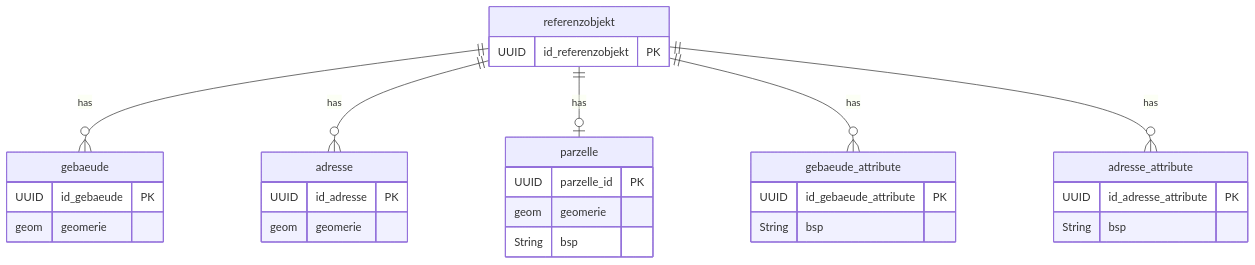
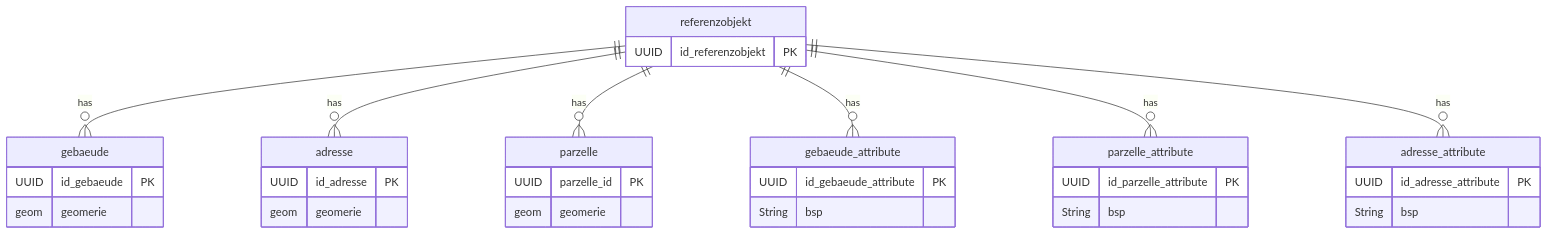
One commit to opengisch/ch.bs.urkataster changed the fifth of 7 diagrams in README.md. Above: the diagram before and after it, drawn with Mermaid. The commit also changed other lines of this file and 1 other file, not shown here.

````diff
--- a/README.md
+++ b/README.md
@@ -330,45 +378,50 @@
 ```mermaid
 erDiagram
     %% --- HAUPTTABELLEN ---
 
     referenzobjekt {
         UUID id_referenzobjekt PK
     }
 
     %% --- GEOMETRIE-TABELLEN ---
 
     gebaeude {
         UUID id_gebaeude PK
         geom geomerie
     }
 
+    parzelle {
+        UUID parzelle_id PK
+        geom geomerie
+    }
+
     adresse {
         UUID id_adresse PK
         geom geomerie
-    }
-
-    parzelle {
-        UUID parzelle_id PK
-        geom geomerie
-        String bsp
     }
 
     %% --- ATTRIBUT-TABELLEN ---
 
     gebaeude_attribute {
         UUID id_gebaeude_attribute PK
+        String bsp
+    }
+
+    parzelle_attribute {
+        UUID id_parzelle_attribute PK
         String bsp
     }
 
     adresse_attribute {
         UUID id_adresse_attribute PK
         String bsp
     }
 
     %% Referenzobjekt besitzt Geometrien und Attribute
     referenzobjekt ||--o{ gebaeude : "has"
     referenzobjekt ||--o{ adresse : "has"
-    referenzobjekt ||--|o parzelle : "has"
+    referenzobjekt ||--o{ parzelle : "has"
     referenzobjekt ||--o{ gebaeude_attribute : "has"
+    referenzobjekt ||--o{ parzelle_attribute : "has"
     referenzobjekt ||--o{ adresse_attribute : "has"
 ```
````
